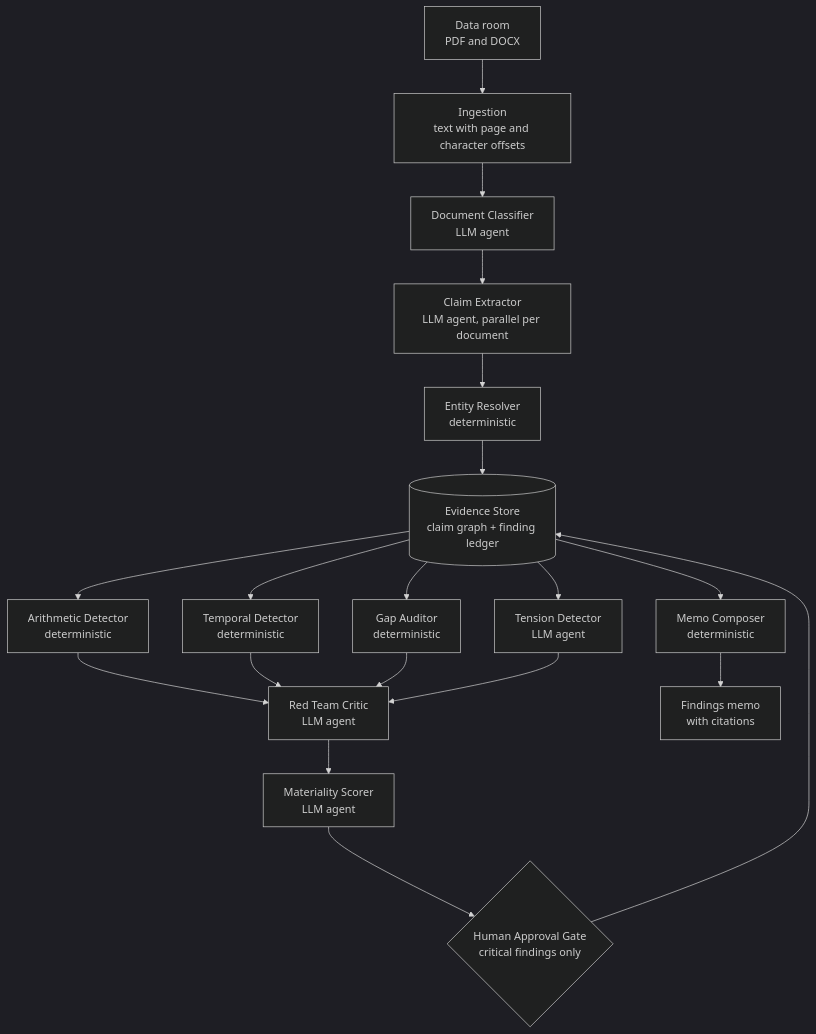
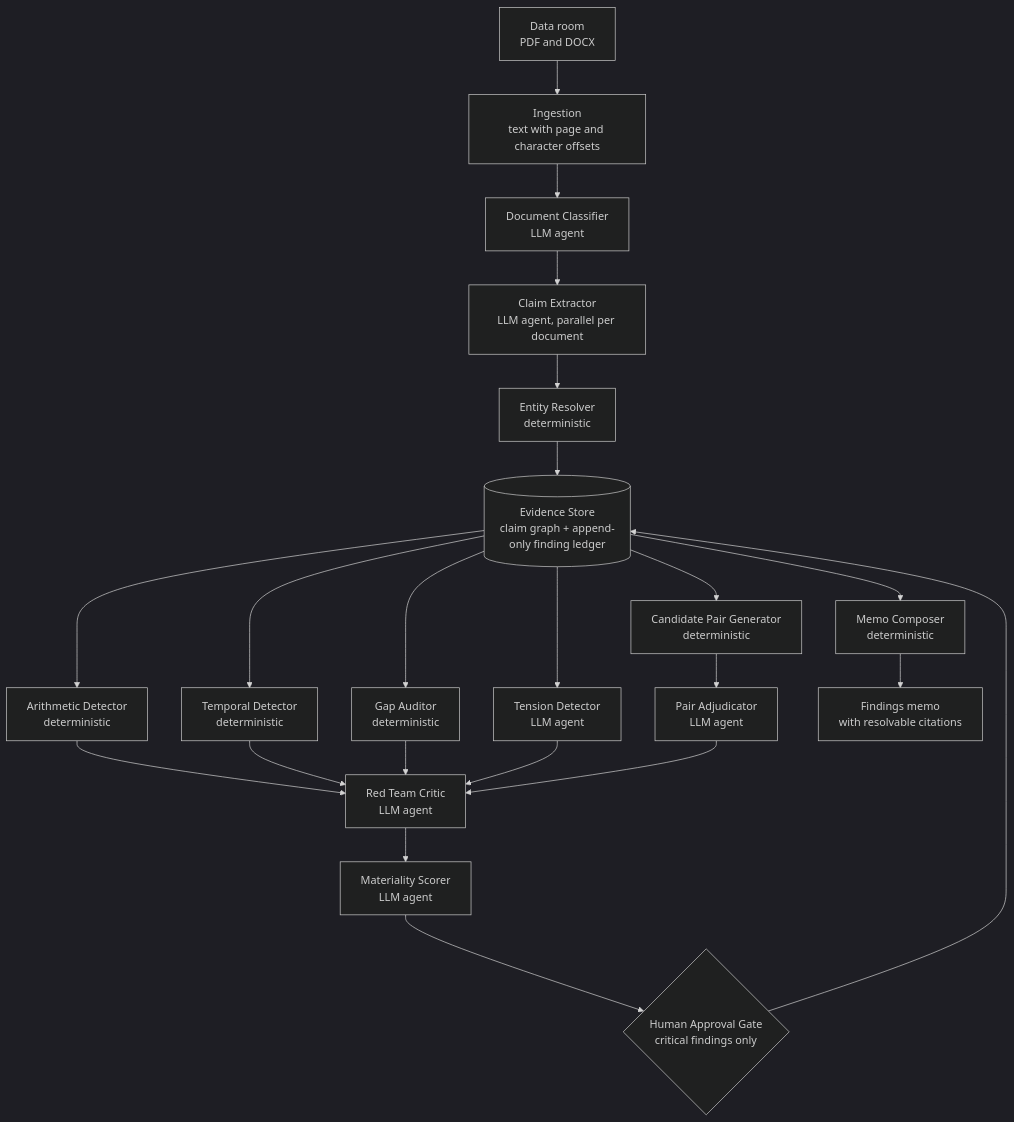
One commit to harnoorcodes/loupe changed the first of 3 diagrams in docs/02-multi-agent-design.md. Above: the diagram before and after it, drawn with Mermaid (dark theme). The commit also changed other lines of this file and 2 other files, not shown here.

````diff
--- a/docs/02-multi-agent-design.md
+++ b/docs/02-multi-agent-design.md
@@ -26,24 +41,28 @@
 ```mermaid
 flowchart TD
     A[Data room<br/>PDF and DOCX] --> B[Ingestion<br/>text with page and character offsets]
     B --> C[Document Classifier<br/>LLM agent]
     C --> D[Claim Extractor<br/>LLM agent, parallel per document]
     D --> E[Entity Resolver<br/>deterministic]
-    E --> F[(Evidence Store<br/>claim graph + finding ledger)]
+    E --> F[(Evidence Store<br/>claim graph + append-only finding ledger)]
 
     F --> G[Arithmetic Detector<br/>deterministic]
     F --> H[Temporal Detector<br/>deterministic]
     F --> I[Gap Auditor<br/>deterministic]
     F --> J[Tension Detector<br/>LLM agent]
+    F --> K[Candidate Pair Generator<br/>deterministic]
 
-    G --> K[Red Team Critic<br/>LLM agent]
-    H --> K
-    I --> K
-    J --> K
+    K --> L[Pair Adjudicator<br/>LLM agent]
 
-    K --> L[Materiality Scorer<br/>LLM agent]
-    L --> M{Human Approval Gate<br/>critical findings only}
-    M --> F
-    F --> N[Memo Composer<br/>deterministic]
-    N --> O[Findings memo<br/>with citations]
+    G --> M[Red Team Critic<br/>LLM agent]
+    H --> M
+    I --> M
+    J --> M
+    L --> M
+
+    M --> N[Materiality Scorer<br/>LLM agent]
+    N --> O{Human Approval Gate<br/>critical findings only}
+    O --> F
+    F --> P[Memo Composer<br/>deterministic]
+    P --> Q[Findings memo<br/>with resolvable citations]
 ```
````
